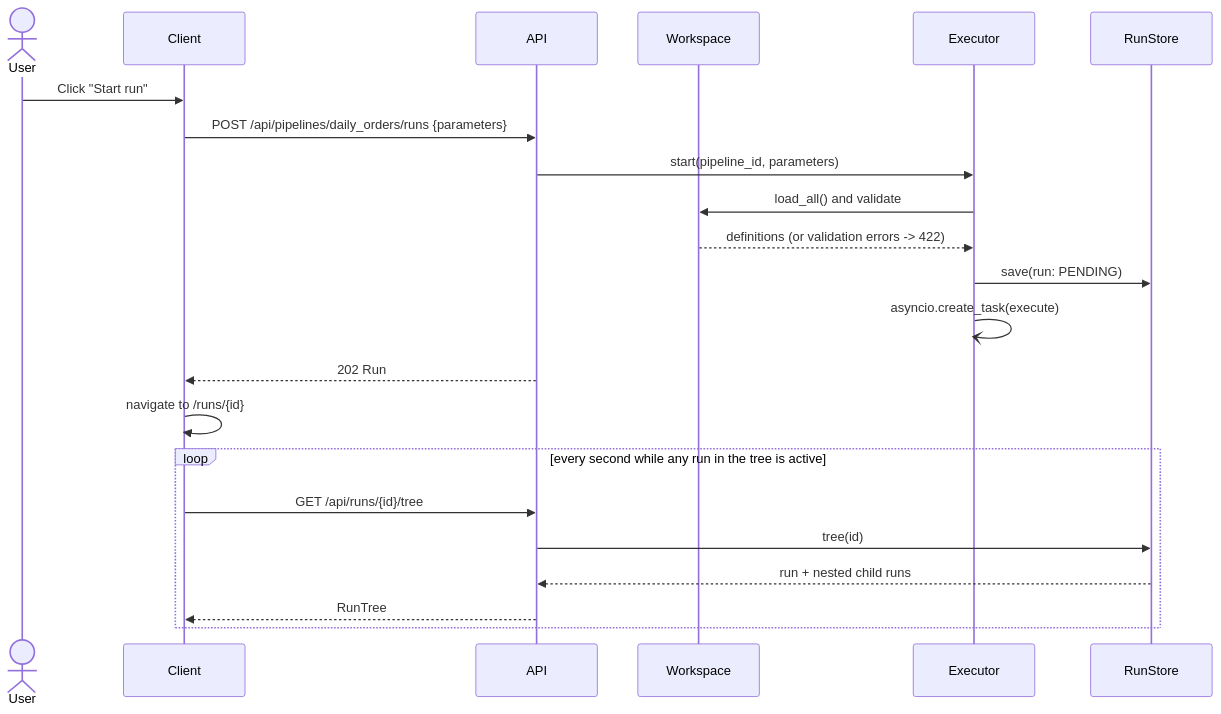
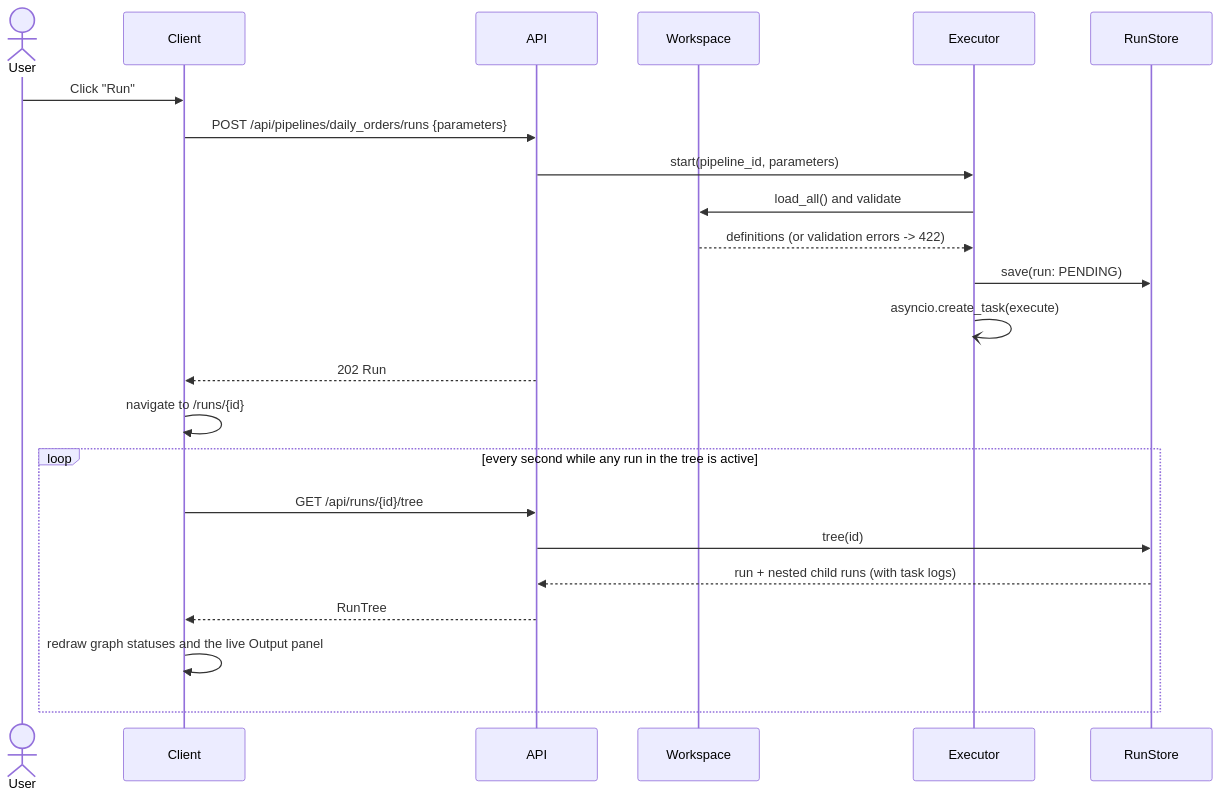
The second of 3 diagrams in docs/architecture.md (ilanamarpersonal/prooflix-core), drawn with Mermaid before and after one commit. The commit also changed other lines of this file and 6 other files, not shown here.

````diff
--- a/docs/architecture.md
+++ b/docs/architecture.md
@@ -83,25 +115,26 @@
 ```mermaid
 sequenceDiagram
     actor U as User
     participant C as Client
     participant A as API
     participant W as Workspace
     participant E as Executor
     participant S as RunStore
 
-    U->>C: Click "Start run"
+    U->>C: Click "Run"
     C->>A: POST /api/pipelines/daily_orders/runs {parameters}
     A->>E: start(pipeline_id, parameters)
     E->>W: load_all() and validate
     W-->>E: definitions (or validation errors -> 422)
     E->>S: save(run: PENDING)
     E-)E: asyncio.create_task(execute)
     A-->>C: 202 Run
     C->>C: navigate to /runs/{id}
     loop every second while any run in the tree is active
         C->>A: GET /api/runs/{id}/tree
         A->>S: tree(id)
-        S-->>A: run + nested child runs
+        S-->>A: run + nested child runs (with task logs)
         A-->>C: RunTree
+        C->>C: redraw graph statuses and the live Output panel
     end
 ```
````
